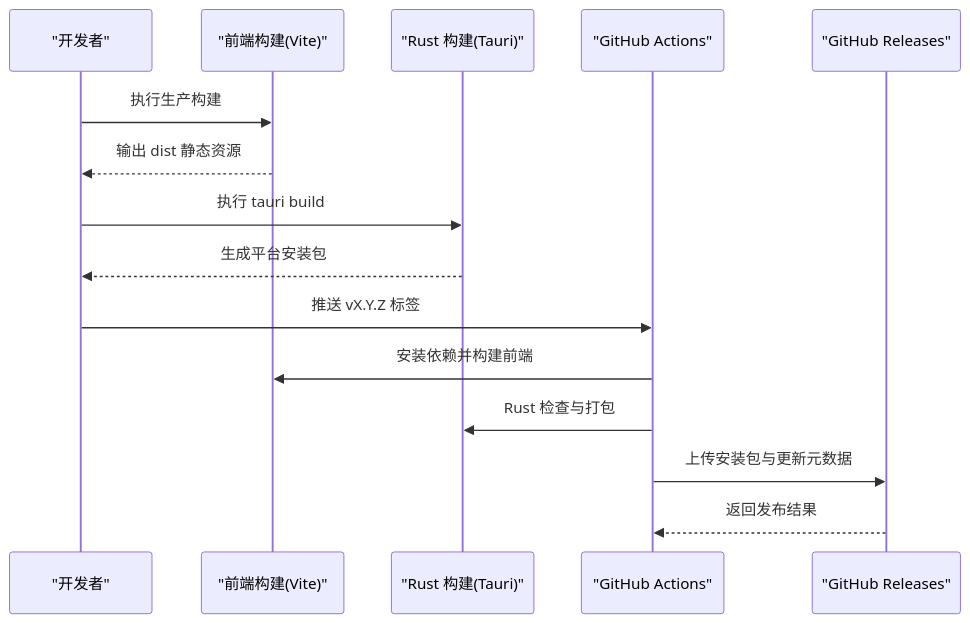
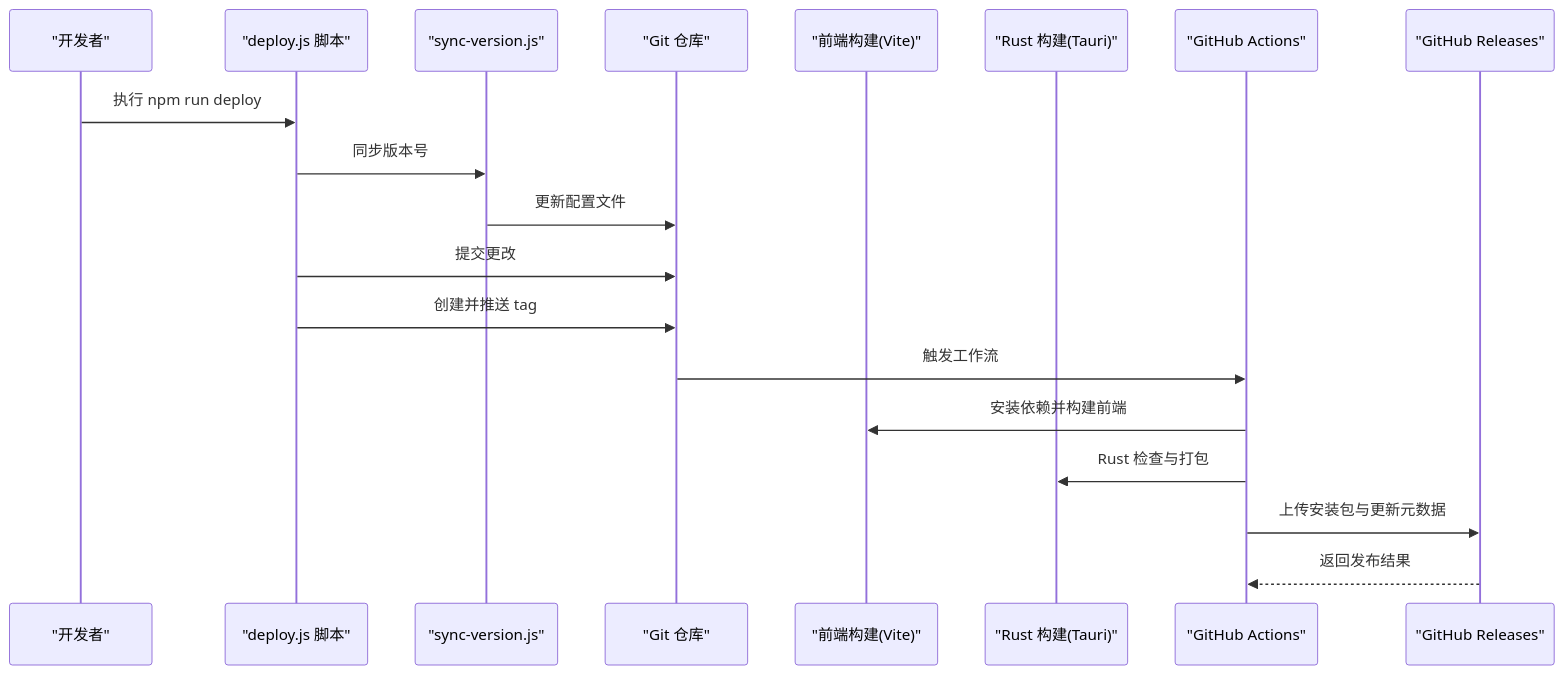
One commit to YLee9527/Medex changed the second of 6 diagrams in doc/repowiki/zh/content/部署与发布/部署与发布.md. Above: the diagram before and after it, drawn with Mermaid. The commit also changed other lines of this file and 31 other files, not shown here.

First line of the commit message:
docs(doc): 添加部署脚本、锁屏功能、发布指南及设置按钮图标文档

````diff
--- a/doc/repowiki/zh/content/部署与发布/部署与发布.md
+++ b/doc/repowiki/zh/content/部署与发布/部署与发布.md
@@ -112,17 +153,21 @@
 ```mermaid
 sequenceDiagram
 participant Dev as "开发者"
+participant Deploy as "deploy.js 脚本"
+participant Sync as "sync-version.js"
+participant Git as "Git 仓库"
 participant FE as "前端构建(Vite)"
 participant RS as "Rust 构建(Tauri)"
 participant CI as "GitHub Actions"
 participant GH as "GitHub Releases"
-Dev->>FE : 执行生产构建
-FE-->>Dev : 输出 dist 静态资源
-Dev->>RS : 执行 tauri build
-RS-->>Dev : 生成平台安装包
-Dev->>CI : 推送 vX.Y.Z 标签
+Dev->>Deploy : 执行 npm run deploy
+Deploy->>Sync : 同步版本号
+Sync->>Git : 更新配置文件
+Deploy->>Git : 提交更改
+Deploy->>Git : 创建并推送 tag
+Git->>CI : 触发工作流
 CI->>FE : 安装依赖并构建前端
 CI->>RS : Rust 检查与打包
 CI->>GH : 上传安装包与更新元数据
 GH-->>CI : 返回发布结果
 ```
````
